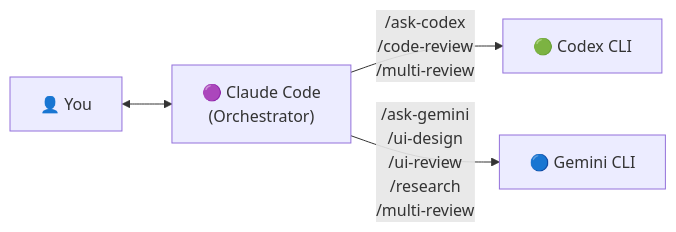
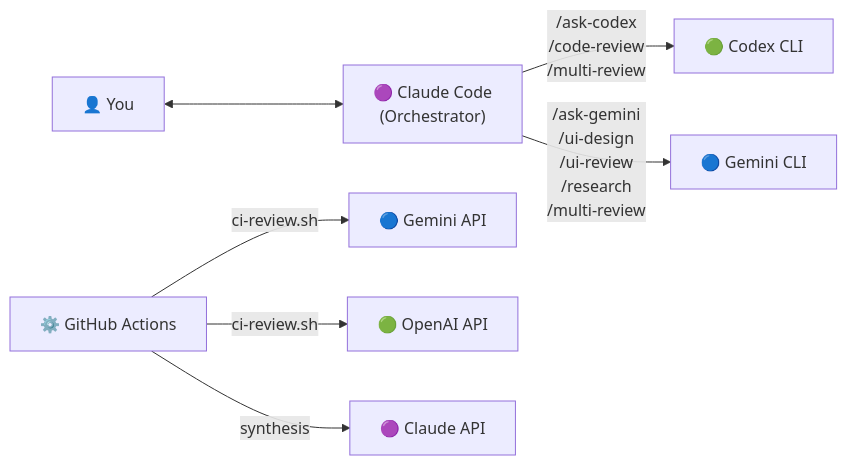
One commit to tznthou/claude-prism changed the diagram in README.md. Above: the diagram before and after it, drawn with Mermaid. The commit also changed other lines of this file and 4 other files, not shown here.

````diff
--- a/README.md
+++ b/README.md
@@ -111,6 +111,9 @@
 ```mermaid
 flowchart LR
     User["👤 You"] <--> Claude["🟣 Claude Code\n(Orchestrator)"]
     Claude -->|"/ask-codex\n/code-review\n/multi-review"| Codex["🟢 Codex CLI"]
     Claude -->|"/ask-gemini\n/ui-design\n/ui-review\n/research\n/multi-review"| Gemini["🔵 Gemini CLI"]
+    CI["⚙️ GitHub Actions"] -->|"ci-review.sh"| GeminiAPI["🔵 Gemini API"]
+    CI -->|"ci-review.sh"| OpenAIAPI["🟢 OpenAI API"]
+    CI -->|"synthesis"| ClaudeAPI["🟣 Claude API"]
 ```
````
